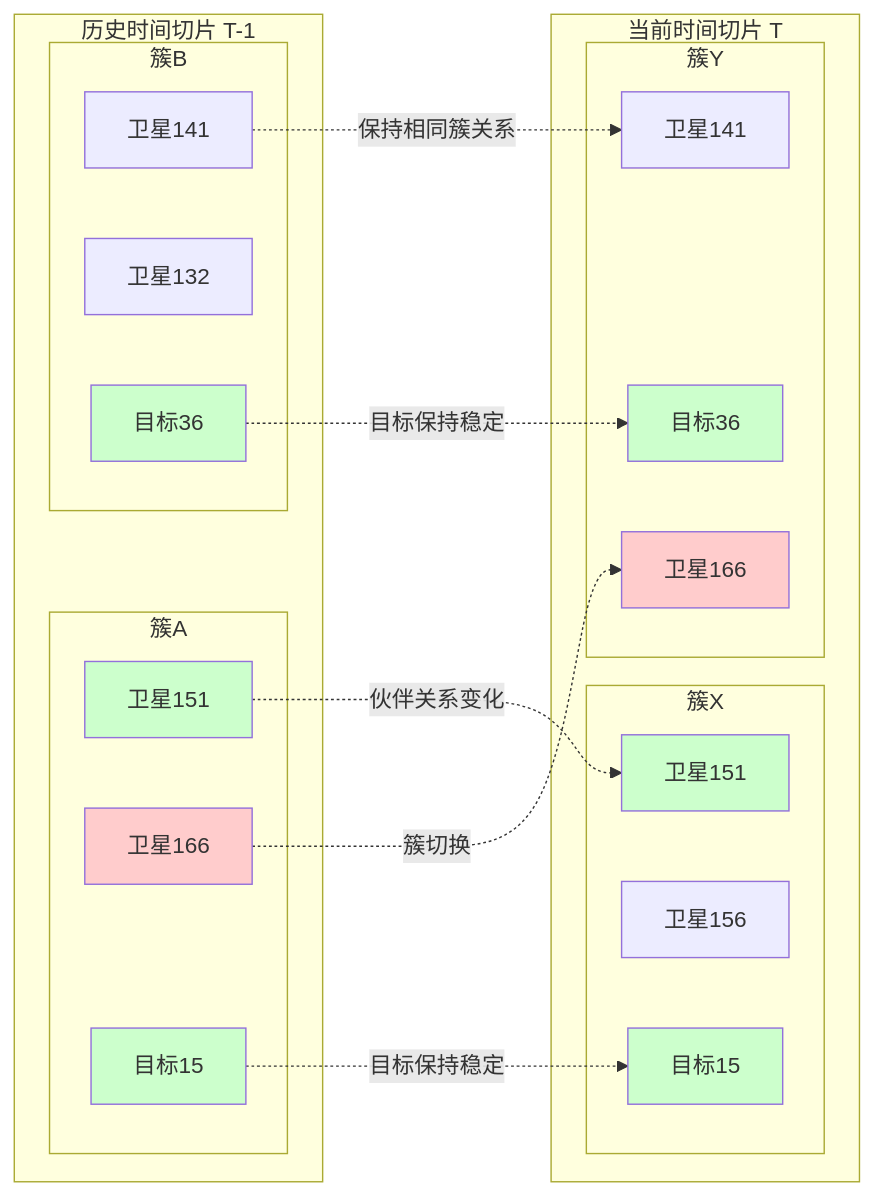
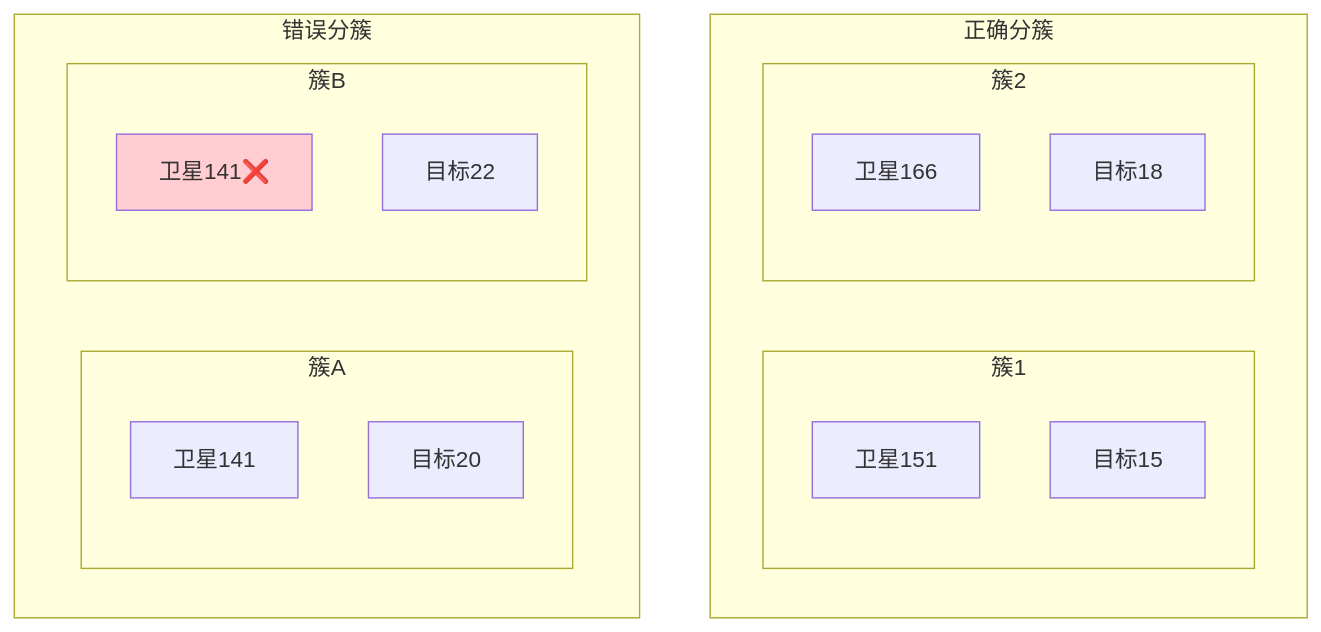
One commit to sneiiler/stk_gen changed the fifth of 30 diagrams in distill/VALIDATION_REPORT.md. Above: the diagram before and after it, drawn with Mermaid. The commit also changed other lines of this file, not shown here.

````diff
--- a/distill/VALIDATION_REPORT.md
+++ b/distill/VALIDATION_REPORT.md
@@ -104,45 +199,26 @@
 ```mermaid
-graph LR
-    subgraph "历史时间切片 T-1"
-        subgraph "簇A"
+graph TD
+    subgraph 正确分簇
+        subgraph 簇1
             S1[卫星151]
-            S2[卫星166]
             T1[目标15]
         end
-        subgraph "簇B"
-            S3[卫星141]
-            S4[卫星132]
-            T2[目标36]
+        subgraph 簇2  
+            S2[卫星166]
+            T2[目标18]
         end
     end
     
-    subgraph "当前时间切片 T"
-        subgraph "簇X"
-            S1'[卫星151]
-            S5[卫星156]
-            T1'[目标15]
+    subgraph 错误分簇
+        subgraph 簇A
+            S3[卫星141]
+            T3[目标20]
         end
-        subgraph "簇Y"
-            S2'[卫星166]
-            S3'[卫星141]
-            T2'[目标36]
+        subgraph 簇B
+            S4[卫星141❌]
+            T4[目标22]
         end
     end
     
-    %% 连接关系转换箭头
-    S1 -.->|伙伴关系变化| S1'
-    S2 -.->|簇切换| S2'
-    T1 -.->|目标保持稳定| T1'
-    S3 -.->|保持相同簇关系| S3'
-    T2 -.->|目标保持稳定| T2'
-    
-    %% 样式定义
-    style S2 fill:#ffcccc
-    style S2' fill:#ffcccc
-    style S1 fill:#ccffcc
-    style S1' fill:#ccffcc
-    style T1 fill:#ccffcc
-    style T1' fill:#ccffcc
-    style T2 fill:#ccffcc
-    style T2' fill:#ccffcc
+    style S4 fill:#ffcdd2
 ```
````
